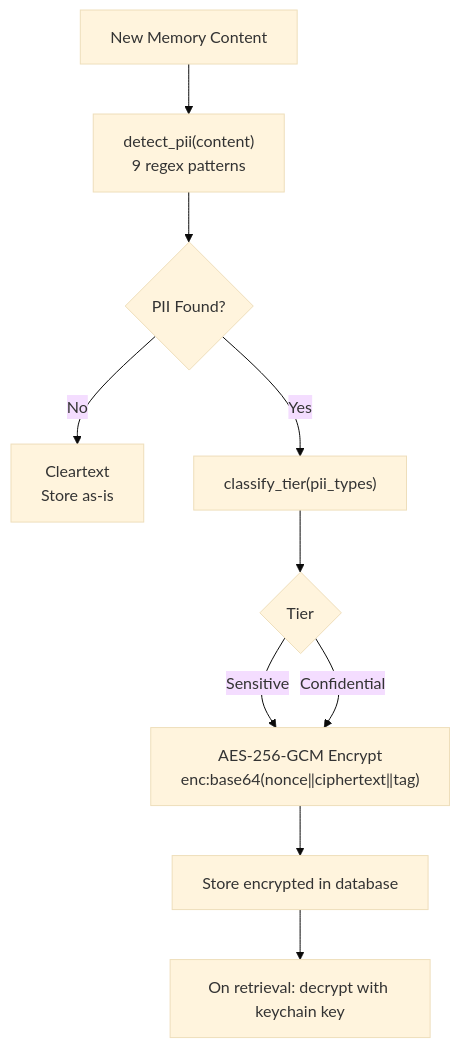
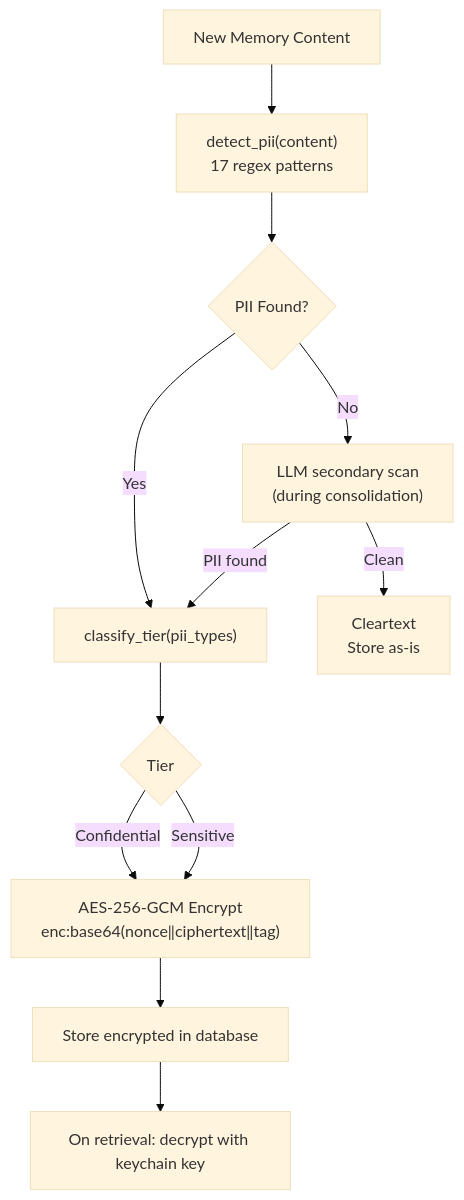
The fourth of 5 diagrams in ENGRAM.md (OpenPawz/openpawz), drawn with Mermaid (base theme) before and after one commit. The commit also changed other lines of this file and 1 other file, not shown here.

````diff
--- a/ENGRAM.md
+++ b/ENGRAM.md
@@ -577,12 +581,14 @@
 ```mermaid
 flowchart TD
-    A["New Memory Content"] --> B["detect_pii(content)\n9 regex patterns"]
+    A["New Memory Content"] --> B["detect_pii(content)\n17 regex patterns"]
     B --> C{"PII Found?"}
-    C -- No --> D["Cleartext\nStore as-is"]
+    C -- No --> L2["LLM secondary scan\n(during consolidation)"]
+    L2 -- "PII found" --> E
+    L2 -- Clean --> D["Cleartext\nStore as-is"]
     C -- Yes --> E["classify_tier(pii_types)"]
     E --> F{"Tier"}
     F -- Sensitive --> G["AES-256-GCM Encrypt\nenc:base64(nonce‖ciphertext‖tag)"]
     F -- Confidential --> G
     G --> H["Store encrypted in database"]
     H --> I["On retrieval: decrypt with keychain key"]
 ```
````
